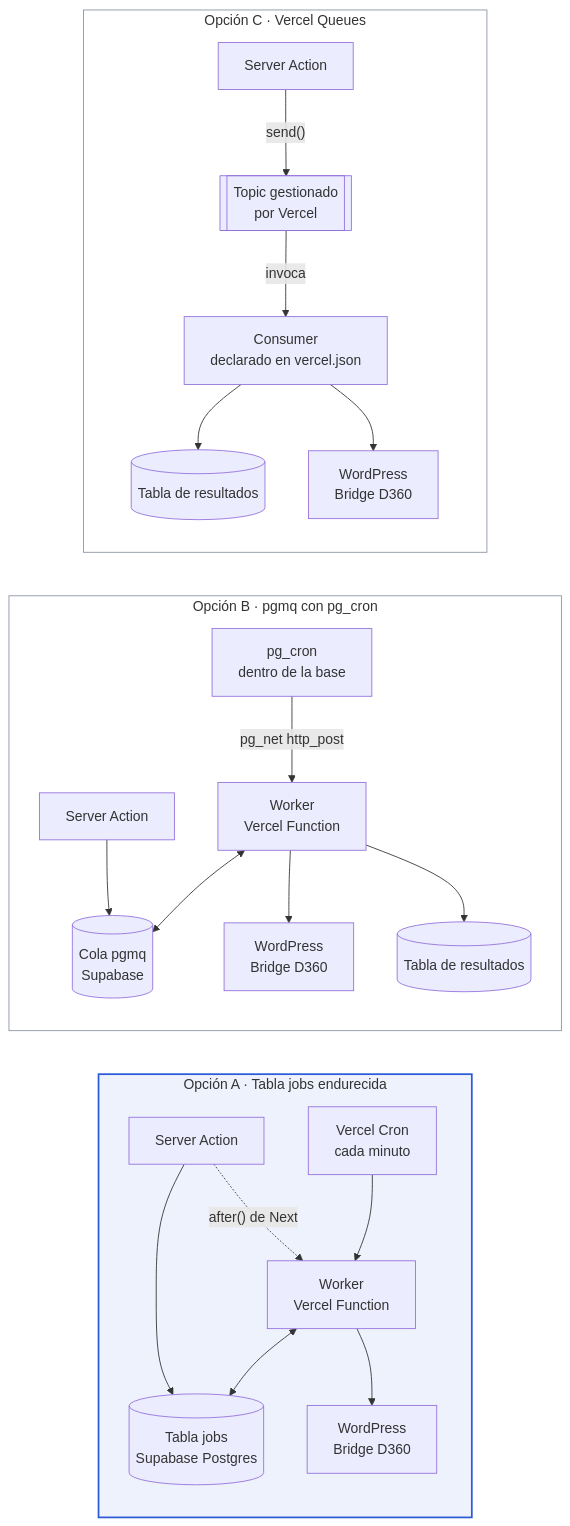
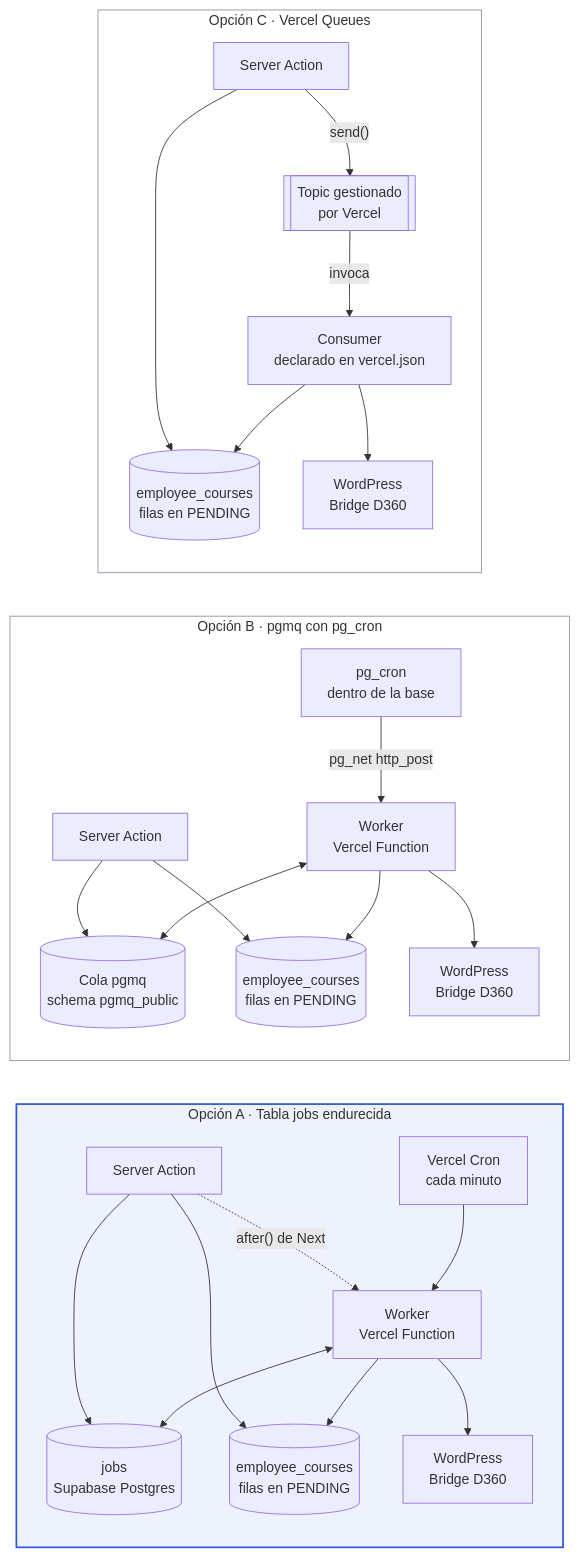
The fourth of 4 diagrams in docs-observability/PLAN-COLA-ASIGNACIONES.md (Paytini/desarrolla_sistema), drawn with Mermaid before and after one commit. The commit also changed other lines of this file and 2 other files, not shown here.

````diff
--- a/docs-observability/PLAN-COLA-ASIGNACIONES.md
+++ b/docs-observability/PLAN-COLA-ASIGNACIONES.md
@@ -289,32 +310,36 @@
 ```mermaid
 flowchart LR
     subgraph OA["Opción A · Tabla jobs endurecida"]
         direction TB
-        A1["Server Action"] --> A2[("Tabla jobs<br/>Supabase Postgres")]
+        A1["Server Action"] --> A2[("jobs<br/>Supabase Postgres")]
+        A1 --> A6[("employee_courses<br/>filas en PENDING")]
         A1 -. "after() de Next" .-> A3["Worker<br/>Vercel Function"]
         A4["Vercel Cron<br/>cada minuto"] --> A3
         A3 <--> A2
+        A3 --> A6
         A3 --> A5["WordPress<br/>Bridge D360"]
     end
 
     subgraph OB["Opción B · pgmq con pg_cron"]
         direction TB
-        B1["Server Action"] --> B2[("Cola pgmq<br/>Supabase")]
+        B1["Server Action"] --> B2[("Cola pgmq<br/>schema pgmq_public")]
+        B1 --> B6[("employee_courses<br/>filas en PENDING")]
         B3["pg_cron<br/>dentro de la base"] -- "pg_net http_post" --> B4["Worker<br/>Vercel Function"]
         B4 <--> B2
+        B4 --> B6
         B4 --> B5["WordPress<br/>Bridge D360"]
-        B4 --> B6[("Tabla de resultados")]
     end
 
     subgraph OC["Opción C · Vercel Queues"]
         direction TB
         C1["Server Action"] -- "send()" --> C2[["Topic gestionado<br/>por Vercel"]]
+        C1 --> C4[("employee_courses<br/>filas en PENDING")]
         C2 -- "invoca" --> C3["Consumer<br/>declarado en vercel.json"]
-        C3 --> C4[("Tabla de resultados")]
+        C3 --> C4
         C3 --> C5["WordPress<br/>Bridge D360"]
     end
 
     style OA fill:#eef2fd,stroke:#2d5bd7,stroke-width:2px
     style OB fill:#ffffff,stroke:#8a93a2
     style OC fill:#ffffff,stroke:#8a93a2
 ```
````
